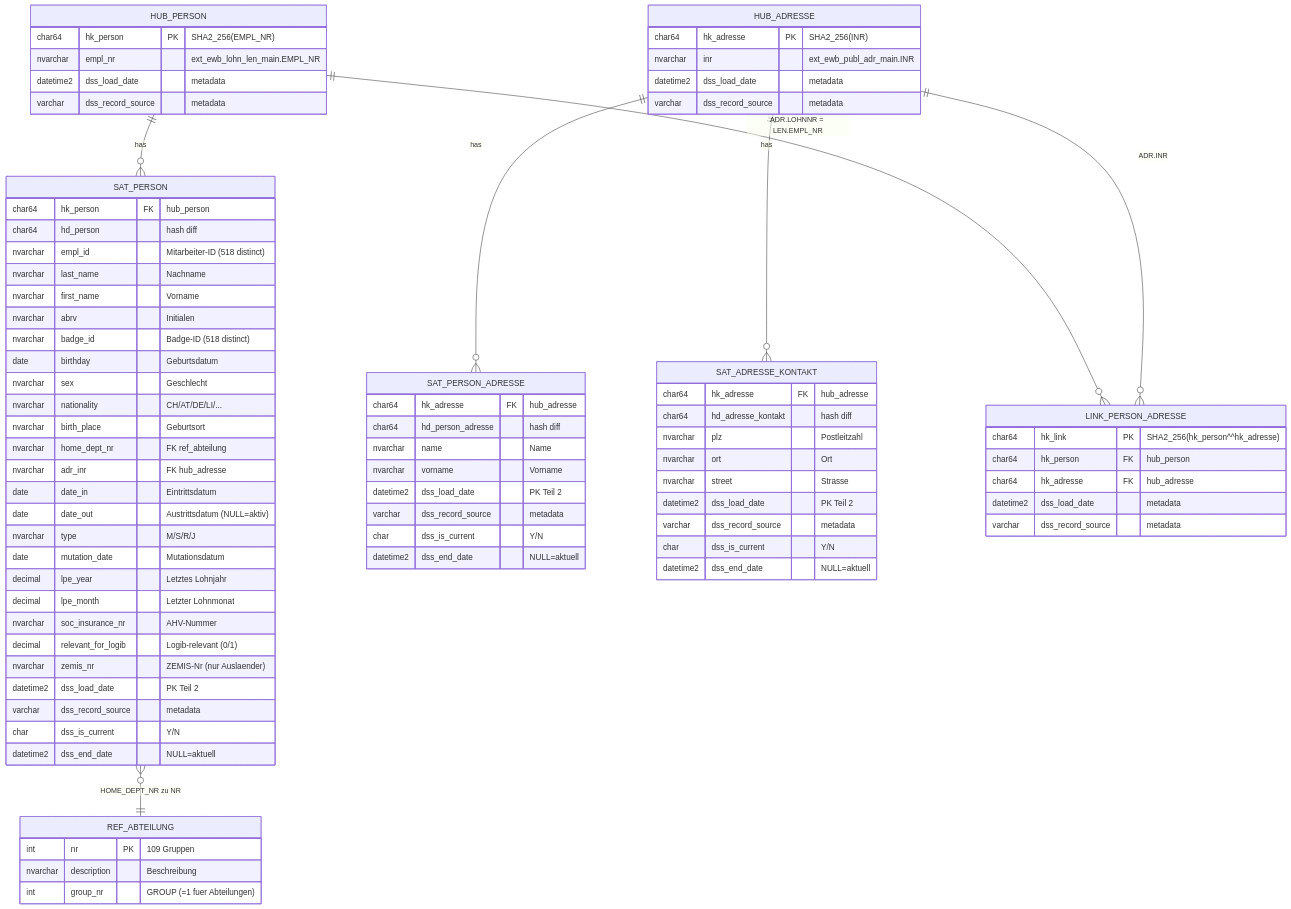
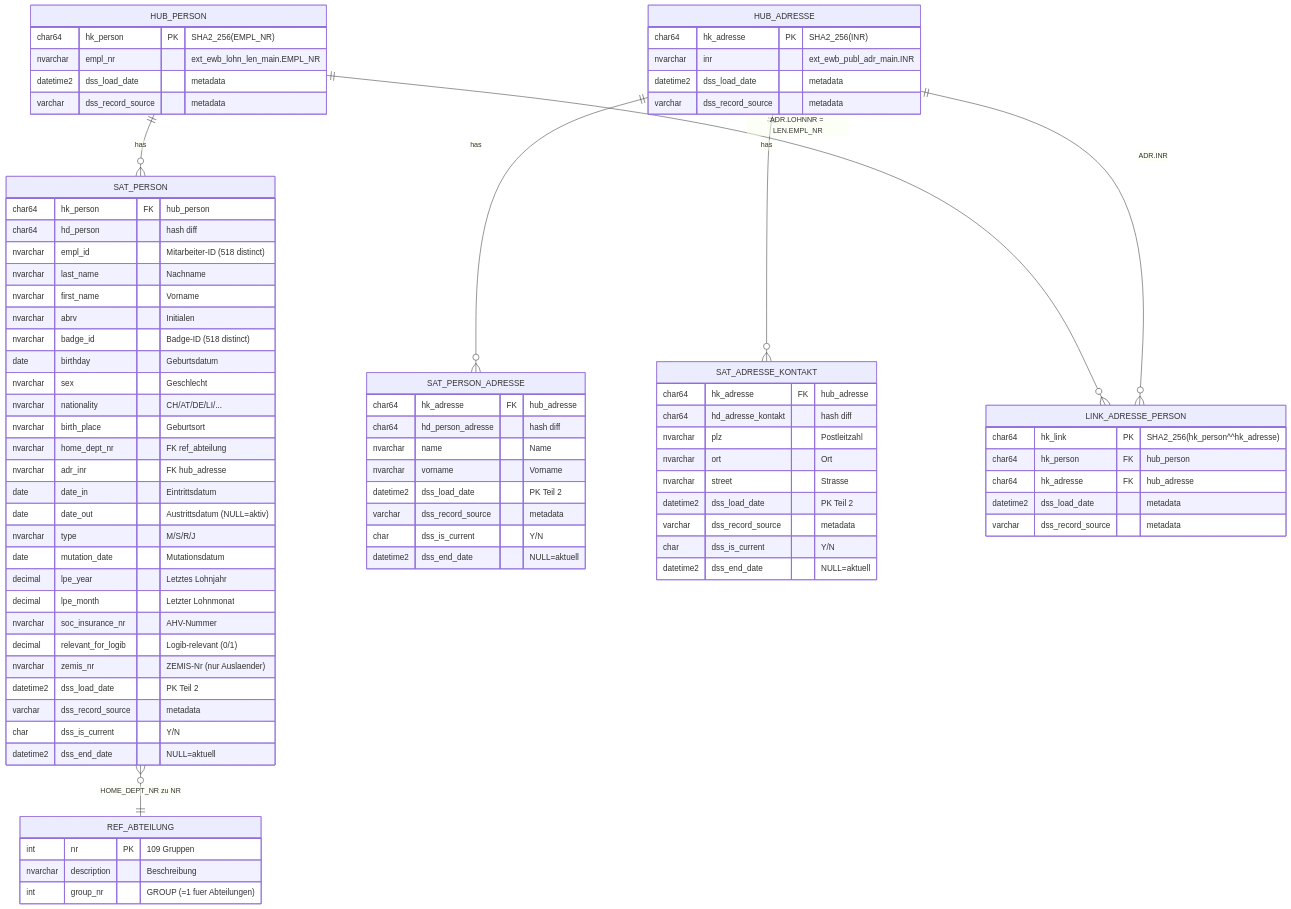
The diagram in design/raw-vault/_common/er-stammdaten.mmd (fellnerd/datavault-dbt), drawn with Mermaid before and after one commit. The commit also changed 5 other files, not shown here.

Commit message:
feat: Implement link between adresse and person, update models and SQL for foreign key relationships

```diff
--- a/design/raw-vault/_common/er-stammdaten.mmd
+++ b/design/raw-vault/_common/er-stammdaten.mmd
@@ -1,122 +1,122 @@
 erDiagram
     %% Data Vault 2.1 — EWB Raw Vault — STAMMDATEN DOMAIN
     %% Schema: vault | Quelle: Abacus ERP
     %% Hubs: Person, Adresse
     %% Bereits implementiert: hub_person, hub_adresse, sat_person, sat_person_adresse, sat_adresse_kontakt
 
     %% ========================================
     %% HUBS
     %% ========================================
 
     HUB_PERSON {
         char64 hk_person PK "SHA2_256(EMPL_NR)"
         nvarchar empl_nr "ext_ewb_lohn_len_main.EMPL_NR"
         datetime2 dss_load_date "metadata"
         varchar dss_record_source "metadata"
     }
 
     HUB_ADRESSE {
         char64 hk_adresse PK "SHA2_256(INR)"
         nvarchar inr "ext_ewb_publ_adr_main.INR"
         datetime2 dss_load_date "metadata"
         varchar dss_record_source "metadata"
     }
 
     %% ========================================
     %% SATELLITES
     %% ========================================
 
     SAT_PERSON {
         char64 hk_person FK "hub_person"
         char64 hd_person "hash diff"
         nvarchar empl_id "Mitarbeiter-ID (518 distinct)"
         nvarchar last_name "Nachname"
         nvarchar first_name "Vorname"
         nvarchar abrv "Initialen"
         nvarchar badge_id "Badge-ID (518 distinct)"
         date birthday "Geburtsdatum"
         nvarchar sex "Geschlecht"
         nvarchar nationality "CH/AT/DE/LI/..."
         nvarchar birth_place "Geburtsort"
         nvarchar home_dept_nr "FK ref_abteilung"
         nvarchar adr_inr "FK hub_adresse"
         date date_in "Eintrittsdatum"
         date date_out "Austrittsdatum (NULL=aktiv)"
         nvarchar type "M/S/R/J"
         date mutation_date "Mutationsdatum"
         decimal lpe_year "Letztes Lohnjahr"
         decimal lpe_month "Letzter Lohnmonat"
         nvarchar soc_insurance_nr "AHV-Nummer"
         decimal relevant_for_logib "Logib-relevant (0/1)"
         nvarchar zemis_nr "ZEMIS-Nr (nur Auslaender)"
         datetime2 dss_load_date "PK Teil 2"
         varchar dss_record_source "metadata"
         char dss_is_current "Y/N"
         datetime2 dss_end_date "NULL=aktuell"
     }
 
     SAT_PERSON_ADRESSE {
         char64 hk_adresse FK "hub_adresse"
         char64 hd_person_adresse "hash diff"
         nvarchar name "Name"
         nvarchar vorname "Vorname"
         datetime2 dss_load_date "PK Teil 2"
         varchar dss_record_source "metadata"
         char dss_is_current "Y/N"
         datetime2 dss_end_date "NULL=aktuell"
     }
 
     SAT_ADRESSE_KONTAKT {
         char64 hk_adresse FK "hub_adresse"
         char64 hd_adresse_kontakt "hash diff"
         nvarchar plz "Postleitzahl"
         nvarchar ort "Ort"
         nvarchar street "Strasse"
         datetime2 dss_load_date "PK Teil 2"
         varchar dss_record_source "metadata"
         char dss_is_current "Y/N"
         datetime2 dss_end_date "NULL=aktuell"
     }
 
     %% ========================================
     %% REFERENCE TABLE
     %% ========================================
 
     REF_ABTEILUNG {
         int nr PK "109 Gruppen"
         nvarchar description "Beschreibung"
         int group_nr "GROUP (=1 fuer Abteilungen)"
     }
 
     %% ========================================
     %% LINK
     %% ========================================
 
-    LINK_PERSON_ADRESSE {
+    LINK_ADRESSE_PERSON {
         char64 hk_link PK "SHA2_256(hk_person^^hk_adresse)"
         char64 hk_person FK "hub_person"
         char64 hk_adresse FK "hub_adresse"
         datetime2 dss_load_date "metadata"
         varchar dss_record_source "metadata"
     }
 
     %% ========================================
     %% RELATIONSHIPS — Hub → Satellite
     %% ========================================
 
     HUB_PERSON ||--o{ SAT_PERSON : has
     HUB_ADRESSE ||--o{ SAT_PERSON_ADRESSE : has
     HUB_ADRESSE ||--o{ SAT_ADRESSE_KONTAKT : has
 
     %% ========================================
     %% RELATIONSHIPS — Hub → Link
     %% ========================================
 
-    HUB_PERSON ||--o{ LINK_PERSON_ADRESSE : "ADR.LOHNNR = LEN.EMPL_NR"
-    HUB_ADRESSE ||--o{ LINK_PERSON_ADRESSE : "ADR.INR"
+    HUB_PERSON ||--o{ LINK_ADRESSE_PERSON : "ADR.LOHNNR = LEN.EMPL_NR"
+    HUB_ADRESSE ||--o{ LINK_ADRESSE_PERSON : "ADR.INR"
 
     %% ========================================
     %% RELATIONSHIPS — Reference
     %% ========================================
 
     SAT_PERSON }o--|| REF_ABTEILUNG : "HOME_DEPT_NR zu NR"
```
